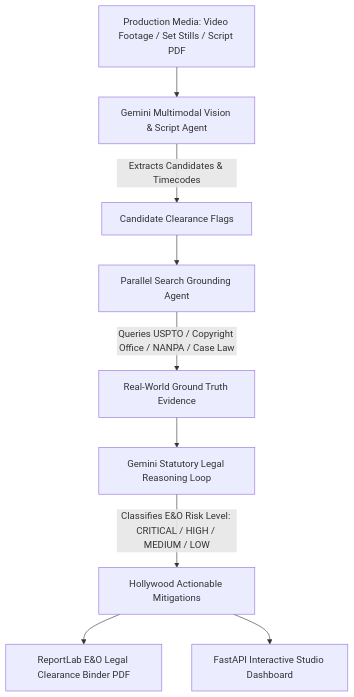
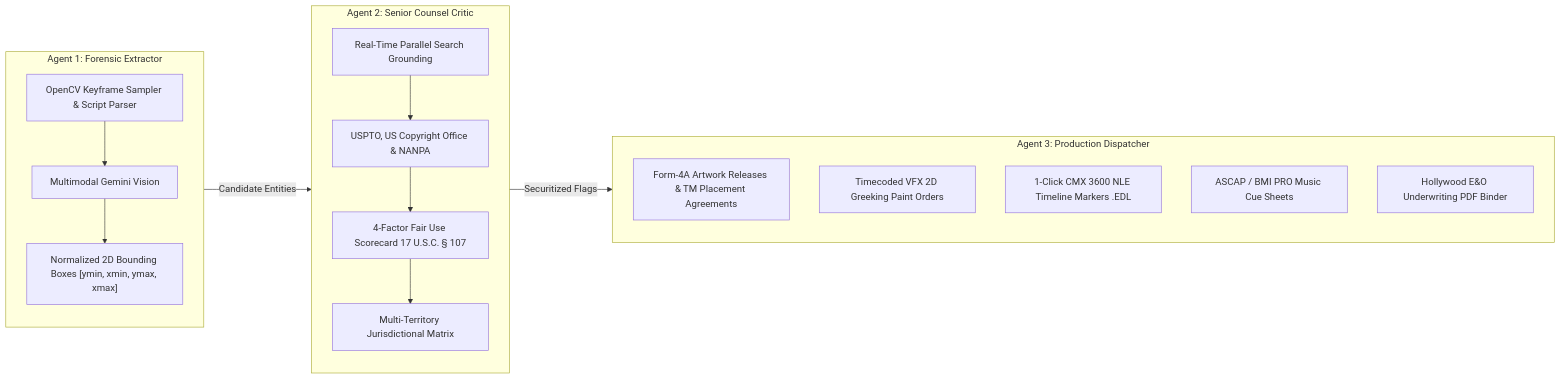
The diagram in README.md (adamm285-dev/CineClear-AI), drawn with Mermaid before and after one commit. The commit also changed other lines of this file, not shown here.

Commit message:
docs(readme): comprehensive documentation blending visual slides, legal radar, architecture triad, and quickstart

````diff
--- a/README.md
+++ b/README.md
@@ -25,11 +60,24 @@
 ```mermaid
-flowchart TD
-    A[Production Media: Video Footage / Set Stills / Script PDF] --> B[Gemini Multimodal Vision & Script Agent]
-    B -->|Extracts Candidates & Timecodes| C[Candidate Clearance Flags]
-    C --> D[Parallel Search Grounding Agent]
-    D -->|Queries USPTO / Copyright Office / NANPA / Case Law| E[Real-World Ground Truth Evidence]
-    E --> F[Gemini Statutory Legal Reasoning Loop]
-    F -->|Classifies E&O Risk Level: CRITICAL / HIGH / MEDIUM / LOW| G[Hollywood Actionable Mitigations]
-    G --> H[ReportLab E&O Legal Clearance Binder PDF]
-    G --> I[FastAPI Interactive Studio Dashboard]
+flowchart LR
+    subgraph AGENT1["Agent 1: Forensic Extractor"]
+        A1[OpenCV Keyframe Sampler & Script Parser] --> A2[Multimodal Gemini Vision]
+        A2 --> A3["Normalized 2D Bounding Boxes [ymin, xmin, ymax, xmax]"]
+    end
+
+    subgraph AGENT2["Agent 2: Senior Counsel Critic"]
+        B1[Real-Time Parallel Search Grounding] --> B2["USPTO, US Copyright Office & NANPA"]
+        B2 --> B3["4-Factor Fair Use Scorecard 17 U.S.C. § 107"]
+        B3 --> B4["Multi-Territory Jurisdictional Matrix"]
+    end
+
+    subgraph AGENT3["Agent 3: Production Dispatcher"]
+        C1["Form-4A Artwork Releases & TM Placement Agreements"]
+        C2["Timecoded VFX 2D Greeking Paint Orders"]
+        C3["1-Click CMX 3600 NLE Timeline Markers .EDL"]
+        C4["ASCAP / BMI PRO Music Cue Sheets"]
+        C5["Hollywood E&O Underwriting PDF Binder"]
+    end
+
+    AGENT1 -->|Candidate Entities| AGENT2
+    AGENT2 -->|Securitized Flags| AGENT3
 ```
````
